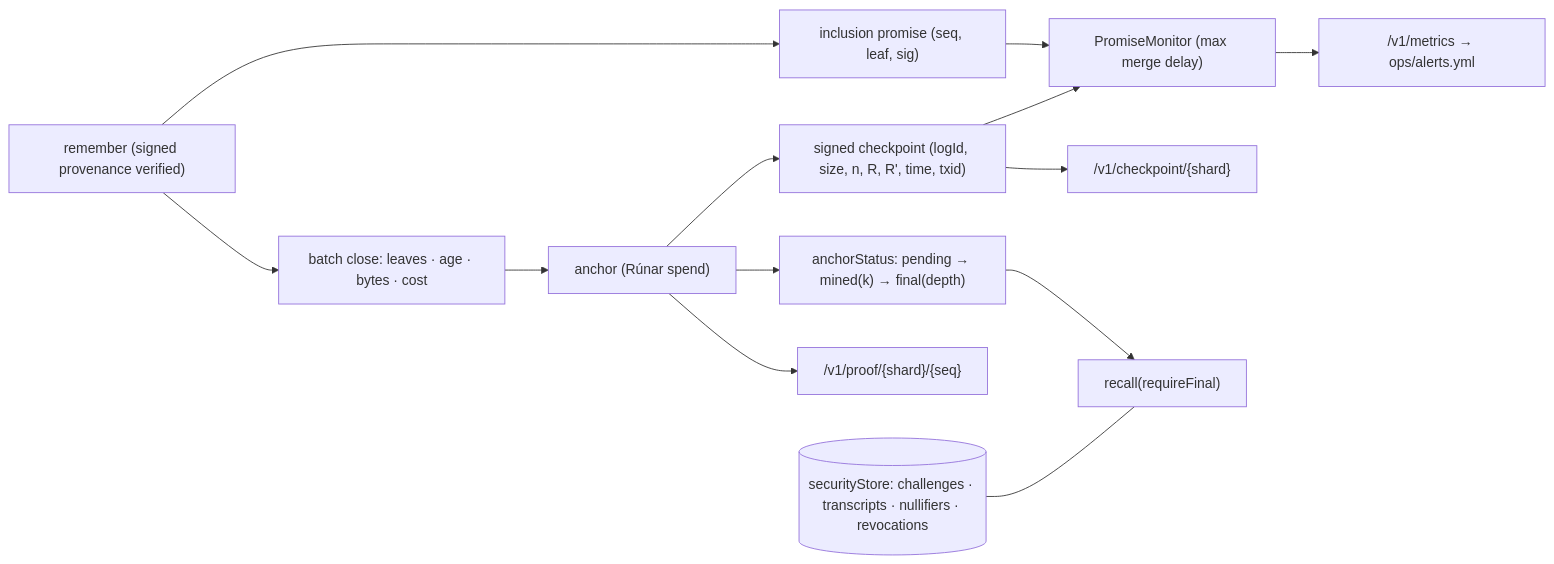
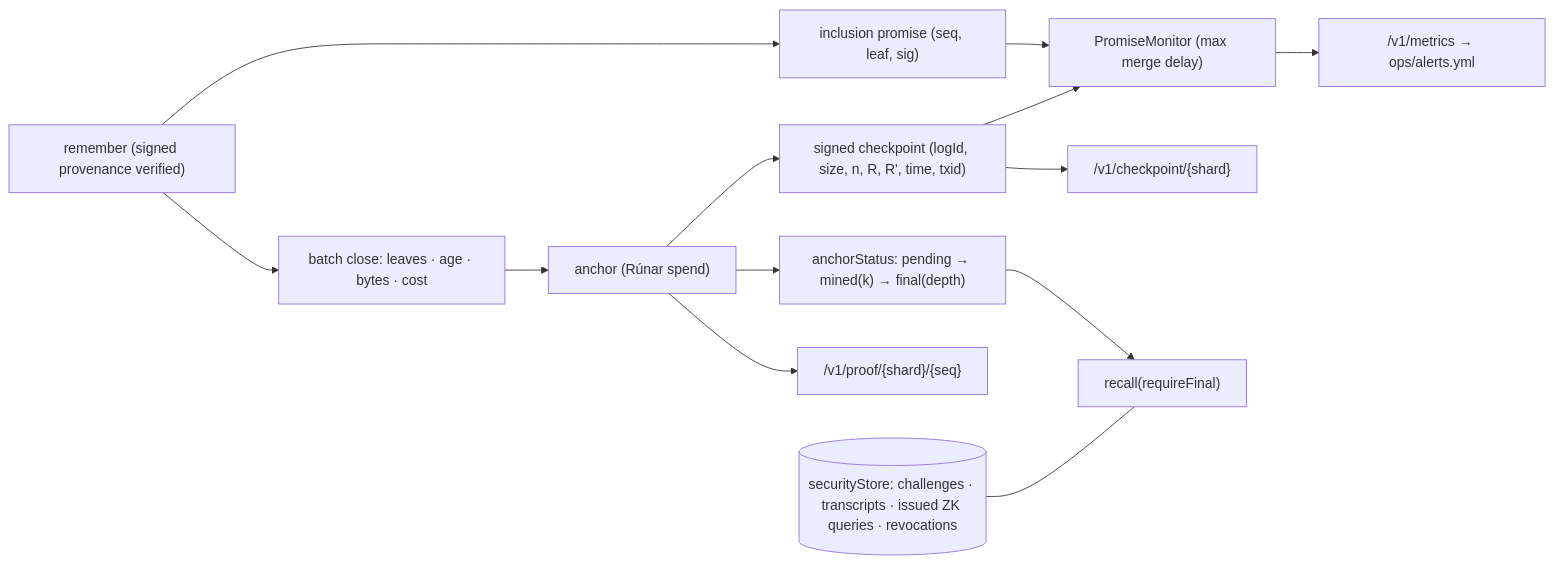
Diagram 13 of 14 in docs/ARCHITECTURE.md (kryptokrates/nektar), drawn with Mermaid before and after one commit. The commit also changed other lines of this file and 9 other files, not shown here.

````diff
--- a/docs/ARCHITECTURE.md
+++ b/docs/ARCHITECTURE.md
@@ -264,14 +264,14 @@
 ```mermaid
 flowchart LR
   w["remember (signed provenance verified)"] --> pr["inclusion promise (seq, leaf, sig)"]
   w --> b["batch close: leaves · age · bytes · cost"] --> a["anchor (Rúnar spend)"]
   a --> cp["signed checkpoint (logId, size, n, R, R', time, txid)"]
   pr --> mon["PromiseMonitor (max merge delay)"]
   cp --> mon
   mon --> met["/v1/metrics → ops/alerts.yml"]
   a --> fin["anchorStatus: pending → mined(k) → final(depth)"]
   fin --> rd["recall(requireFinal)"]
   cp --> api["/v1/checkpoint/{shard}"]
   a --> api2["/v1/proof/{shard}/{seq}"]
-  sec[("securityStore: challenges · transcripts · nullifiers · revocations")] --- rd
+  sec[("securityStore: challenges · transcripts · issued ZK queries · revocations")] --- rd
 ```
````
